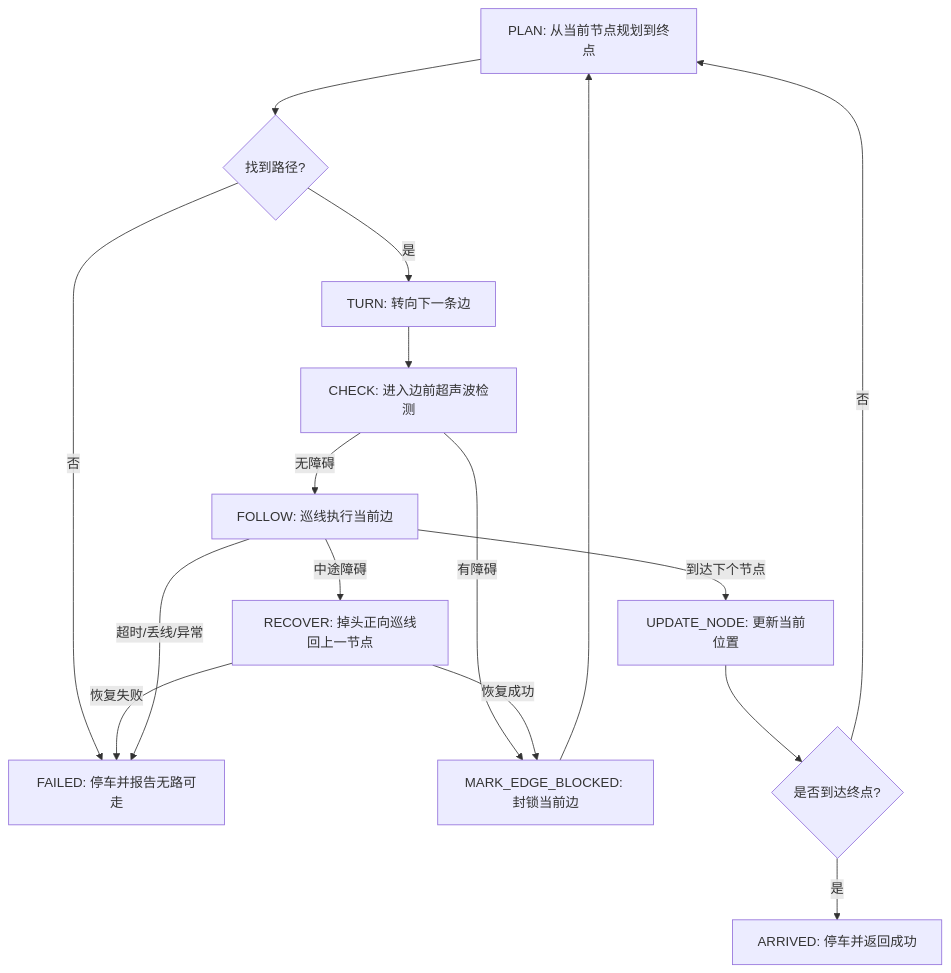
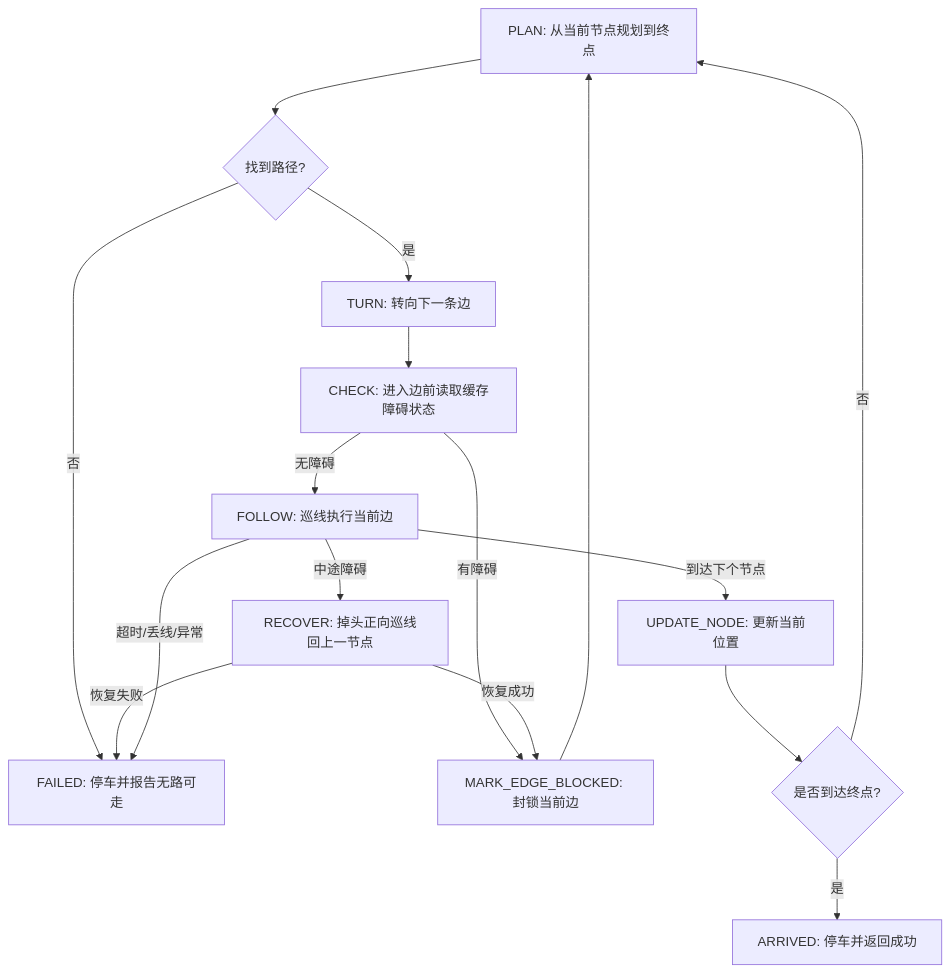
The diagram in docs/grid-navigation-module-execution.md (sry8848/4wd_project), drawn with Mermaid before and after one commit. The commit also changed other lines of this file and 4 other files, not shown here.

````diff
--- a/docs/grid-navigation-module-execution.md
+++ b/docs/grid-navigation-module-execution.md
@@ -246,18 +251,18 @@
 ```mermaid
 flowchart TD
     A["PLAN: 从当前节点规划到终点"] --> B{"找到路径?"}
     B -- "否" --> Z["FAILED: 停车并报告无路可走"]
     B -- "是" --> C["TURN: 转向下一条边"]
-    C --> D["CHECK: 进入边前超声波检测"]
+    C --> D["CHECK: 进入边前读取缓存障碍状态"]
     D -- "有障碍" --> H["MARK_EDGE_BLOCKED: 封锁当前边"]
     H --> A
     D -- "无障碍" --> E["FOLLOW: 巡线执行当前边"]
     E -- "到达下个节点" --> F["UPDATE_NODE: 更新当前位置"]
     F --> G{"是否到达终点?"}
     G -- "是" --> Y["ARRIVED: 停车并返回成功"]
     G -- "否" --> A
     E -- "中途障碍" --> I["RECOVER: 掉头正向巡线回上一节点"]
     I -- "恢复成功" --> H
     I -- "恢复失败" --> Z
     E -- "超时/丢线/异常" --> Z
 ```
````
